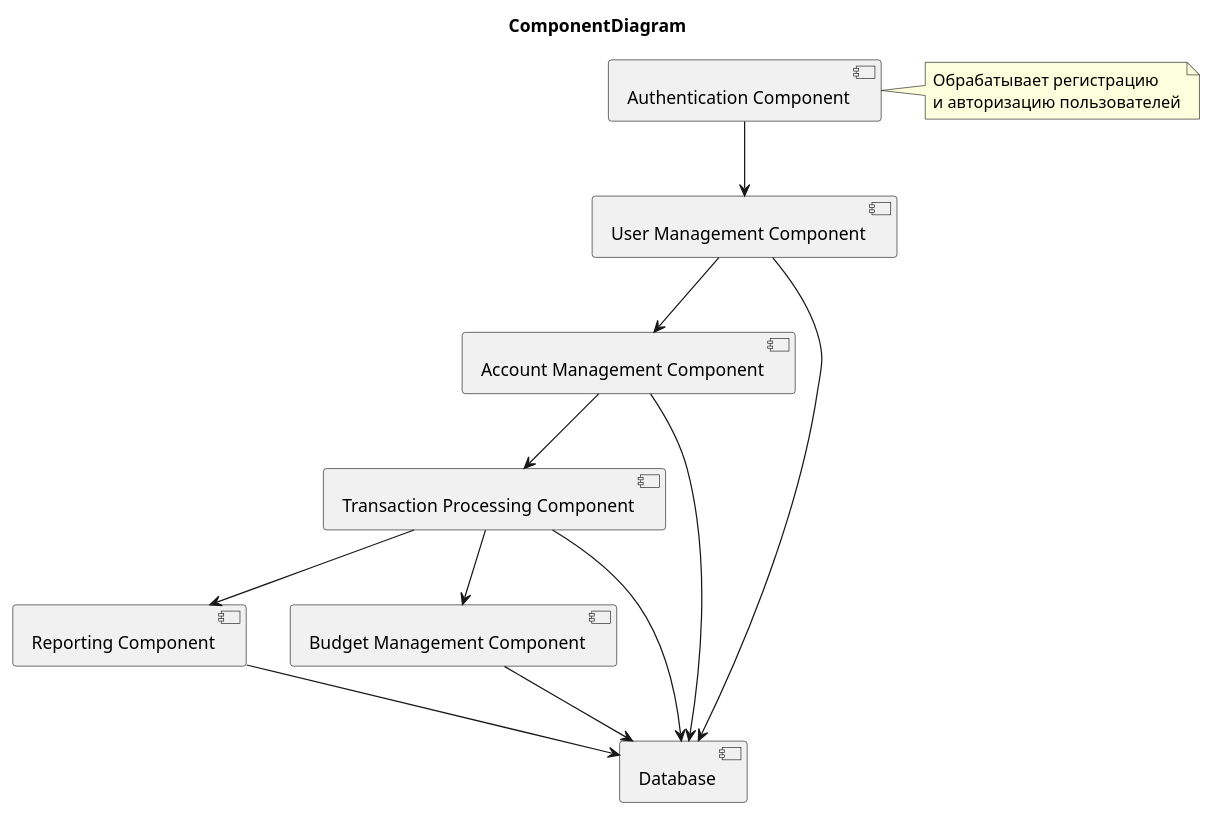
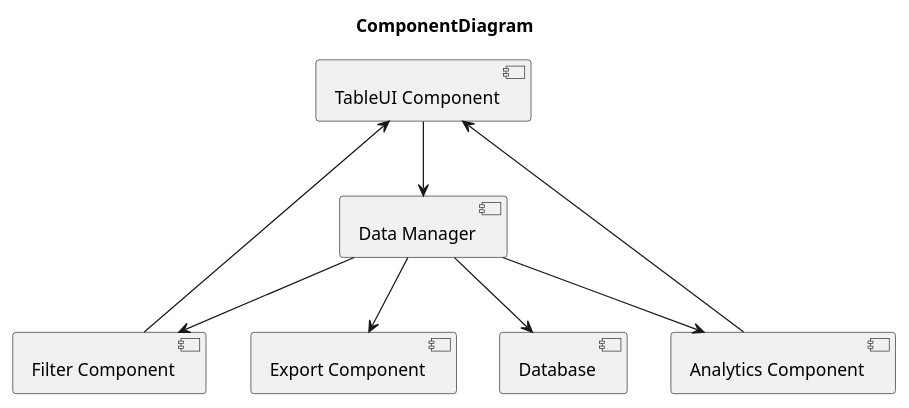
Before and after one commit to lain1r/332-21-fofanov: the diagram in мдк 04 02 проект 10/ComponentDiagram.puml, drawn with PlantUML. The commit also changed 6 other files, not shown here.

```diff
--- a/мдк 04 02 проект 10/ComponentDiagram.puml
+++ b/мдк 04 02 проект 10/ComponentDiagram.puml
@@ -1,27 +1,18 @@
 @startuml
 title ComponentDiagram
 
-[Authentication Component] as Auth
-[User Management Component] as User
-[Account Management Component] as Account
-[Transaction Processing Component] as Transaction
-[Reporting Component] as Report
-[Budget Management Component] as Budget
+[TableUI Component] as TableUI
+[Data Manager] as Data
+[Filter Component] as Filter
+[Export Component] as Export
+[Analytics Component] as Analytics
 [Database] as DB
 
-Auth --> User
-User --> Account
-Account --> Transaction
-Transaction --> Report
-Transaction --> Budget
-User --> DB
-Account --> DB
-Transaction --> DB
-Report --> DB
-Budget --> DB
-
-note right of Auth
-  Обрабатывает регистрацию
-  и авторизацию пользователей
-end note
+TableUI --> Data
+Data --> Filter
+Data --> Export
+Data --> Analytics
+Data --> DB
+Filter --> TableUI
+Analytics --> TableUI
 @enduml
```
